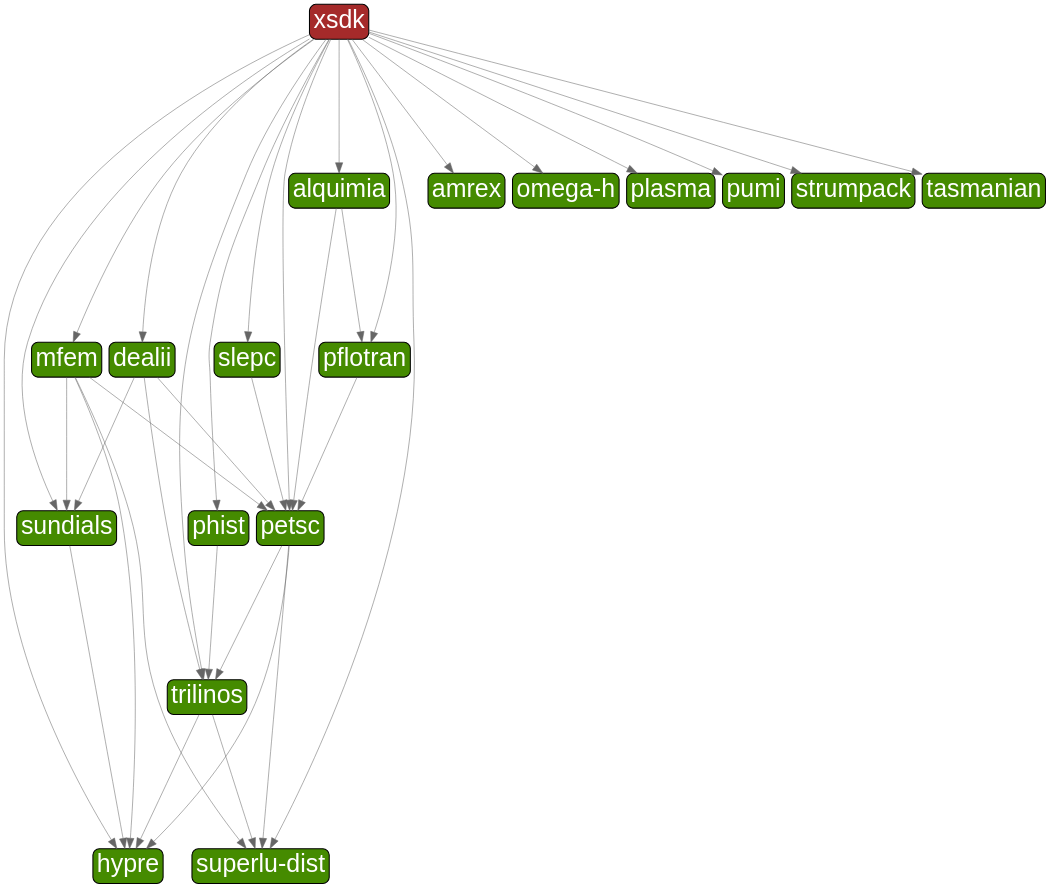
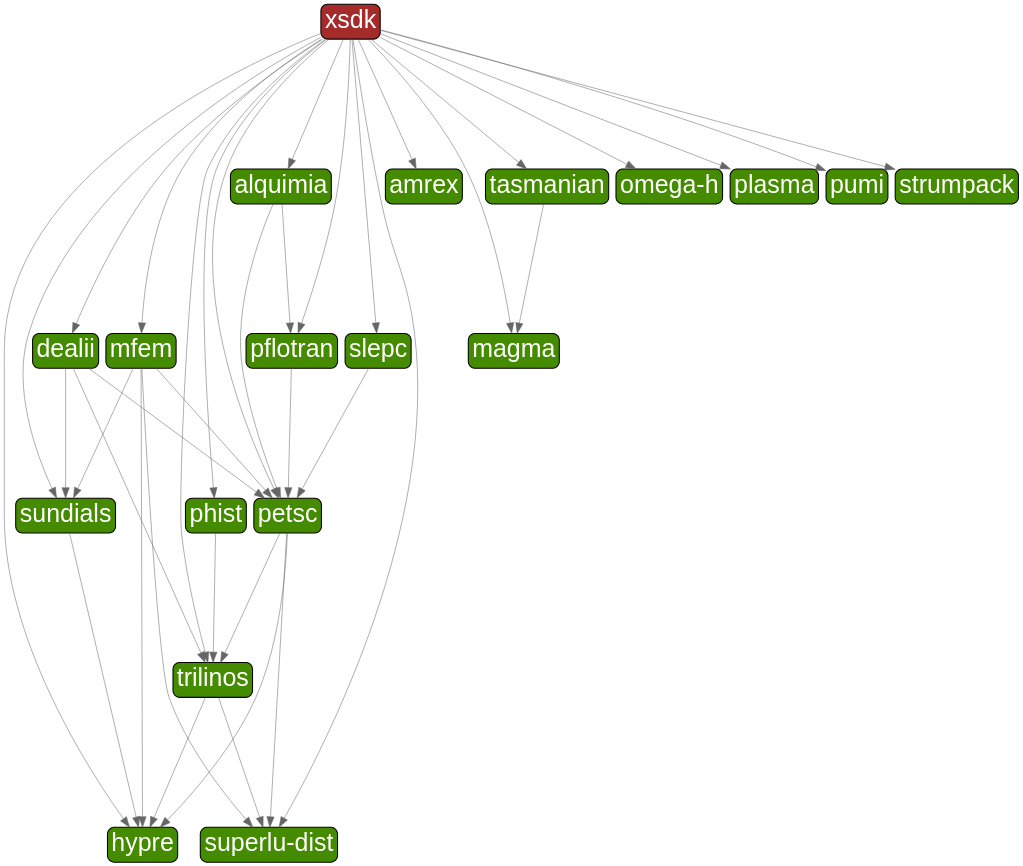
Before and after one commit to xsdk-project/xsdk-diagram: the diagram in xsdk_pkgsonly.dot, drawn with Graphviz. The commit also changed 1 other file, not shown here.

Commit message:
update 0.4.0 dot files with xsdk+cuda

```diff
--- a/xsdk_pkgsonly.dot
+++ b/xsdk_pkgsonly.dot
@@ -1,77 +1,80 @@
 digraph G {
   labelloc = "b"
   rankdir = "TB"
   ranksep = "1"
   ratio = ".9"
   nodesep = ".2"
   bgcolor = "transparent"
 edge[
      penwidth = "1"
      color = "#666666"
      arrowsize = "2"
 ]
 node[
      fontname=Arial,
      penwidth=2,
      fontsize=48,
      margin=.1,
      shape=box,
      fillcolor=brown,
      fontcolor=white,
      style="rounded,filled"]
 
   "xsdk" [label="xsdk"]
   "alquimia" [label="alquimia",fillcolor="chartreuse4"]
   "petsc" [label="petsc",fillcolor="chartreuse4"]
   "hypre" [label="hypre",fillcolor="chartreuse4"]
   "superlu-dist" [label="superlu-dist",fillcolor="chartreuse4"]
   "trilinos" [label="trilinos",fillcolor="chartreuse4"]
   "pflotran" [label="pflotran",fillcolor="chartreuse4"]
   "amrex" [label="amrex",fillcolor="chartreuse4"]
   "dealii" [label="dealii",fillcolor="chartreuse4"]
   "sundials" [label="sundials",fillcolor="chartreuse4"]
+  "magma" [label="magma",fillcolor="chartreuse4"]
   "mfem" [label="mfem",fillcolor="chartreuse4"]
   "omega-h" [label="omega-h",fillcolor="chartreuse4"]
   "phist" [label="phist",fillcolor="chartreuse4"]
   "plasma" [label="plasma",fillcolor="chartreuse4"]
   "pumi" [label="pumi",fillcolor="chartreuse4"]
   "slepc" [label="slepc",fillcolor="chartreuse4"]
   "strumpack" [label="strumpack",fillcolor="chartreuse4"]
   "tasmanian" [label="tasmanian",fillcolor="chartreuse4"]
 
-  "slepc" -> "petsc"
-  "trilinos" -> "hypre"
-  "alquimia" -> "pflotran"
-  "xsdk" -> "slepc"
-  "petsc" -> "hypre"
-  "mfem" -> "petsc"
-  "pflotran" -> "petsc"
-  "dealii" -> "petsc"
-  "xsdk" -> "dealii"
-  "xsdk" -> "mfem"
-  "trilinos" -> "superlu-dist"
-  "dealii" -> "trilinos"
-  "xsdk" -> "phist"
-  "xsdk" -> "superlu-dist"
-  "xsdk" -> "strumpack"
-  "xsdk" -> "sundials"
   "xsdk" -> "plasma"
   "petsc" -> "superlu-dist"
+  "xsdk" -> "magma"
+  "xsdk" -> "dealii"
+  "xsdk" -> "superlu-dist"
+  "xsdk" -> "alquimia"
+  "mfem" -> "sundials"
+  "xsdk" -> "phist"
+  "alquimia" -> "petsc"
+  "xsdk" -> "petsc"
+  "alquimia" -> "pflotran"
+  "xsdk" -> "omega-h"
+  "dealii" -> "trilinos"
+  "pflotran" -> "petsc"
   "sundials" -> "hypre"
+  "mfem" -> "superlu-dist"
+  "xsdk" -> "pflotran"
+  "slepc" -> "petsc"
+  "mfem" -> "hypre"
+  "xsdk" -> "pumi"
+  "dealii" -> "sundials"
+  "petsc" -> "hypre"
+  "xsdk" -> "amrex"
+  "dealii" -> "petsc"
+  "xsdk" -> "slepc"
+  "trilinos" -> "hypre"
+  "trilinos" -> "superlu-dist"
+  "xsdk" -> "hypre"
+  "petsc" -> "trilinos"
+  "phist" -> "trilinos"
+  "tasmanian" -> "magma"
+  "xsdk" -> "mfem"
+  "xsdk" -> "sundials"
   "xsdk" -> "trilinos"
-  "phist" -> "trilinos"
-  "mfem" -> "hypre"
-  "alquimia" -> "petsc"
-  "xsdk" -> "amrex"
-  "xsdk" -> "pumi"
-  "xsdk" -> "petsc"
+  "xsdk" -> "strumpack"
   "xsdk" -> "tasmanian"
-  "petsc" -> "trilinos"
-  "xsdk" -> "alquimia"
-  "dealii" -> "sundials"
-  "mfem" -> "superlu-dist"
-  "mfem" -> "sundials"
-  "xsdk" -> "hypre"
-  "xsdk" -> "omega-h"
-  "xsdk" -> "pflotran"
+  "mfem" -> "petsc"
 }
```
